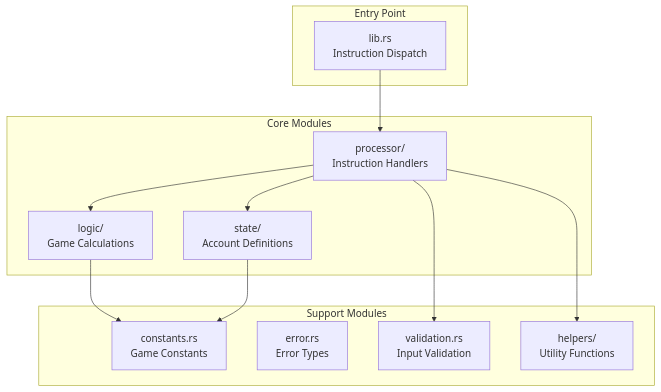
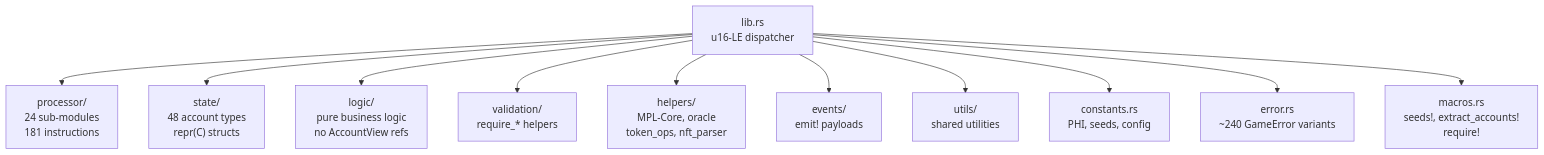
The first of 9 diagrams in docs/onchain/01-architecture/overview.md (crypt0miester/novus-mundus), drawn with Mermaid before and after one commit. The commit also changed other lines of this file and 259 other files, not shown here.

````diff
--- a/docs/onchain/01-architecture/overview.md
+++ b/docs/onchain/01-architecture/overview.md
@@ -9,27 +141,14 @@
 ```mermaid
-graph TB
-    subgraph "Entry Point"
-        LIB[lib.rs<br/>Instruction Dispatch]
-    end
-
-    subgraph "Core Modules"
-        STATE[state/<br/>Account Definitions]
-        PROC[processor/<br/>Instruction Handlers]
-        LOGIC[logic/<br/>Game Calculations]
-    end
-
-    subgraph "Support Modules"
-        CONST[constants.rs<br/>Game Constants]
-        ERR[error.rs<br/>Error Types]
-        VALID[validation.rs<br/>Input Validation]
-        HELP[helpers/<br/>Utility Functions]
-    end
-
-    LIB --> PROC
-    PROC --> STATE
-    PROC --> LOGIC
-    PROC --> VALID
-    PROC --> HELP
-    LOGIC --> CONST
-    STATE --> CONST
+graph TD
+    LIB["lib.rs<br/>u16-LE dispatcher"]
+    LIB --> PROC["processor/<br/>24 sub-modules<br/>181 instructions"]
+    LIB --> STATE["state/<br/>48 account types<br/>repr(C) structs"]
+    LIB --> LOGIC["logic/<br/>pure business logic<br/>no AccountView refs"]
+    LIB --> VALID["validation/<br/>require_* helpers"]
+    LIB --> HELP["helpers/<br/>MPL-Core, oracle<br/>token_ops, nft_parser"]
+    LIB --> EVENTS["events/<br/>emit! payloads"]
+    LIB --> UTILS["utils/<br/>shared utilities"]
+    LIB --> CONST["constants.rs<br/>PHI, seeds, config"]
+    LIB --> ERR["error.rs<br/>~240 GameError variants"]
+    LIB --> MACROS["macros.rs<br/>seeds!, extract_accounts!<br/>require!"]
 ```
````
